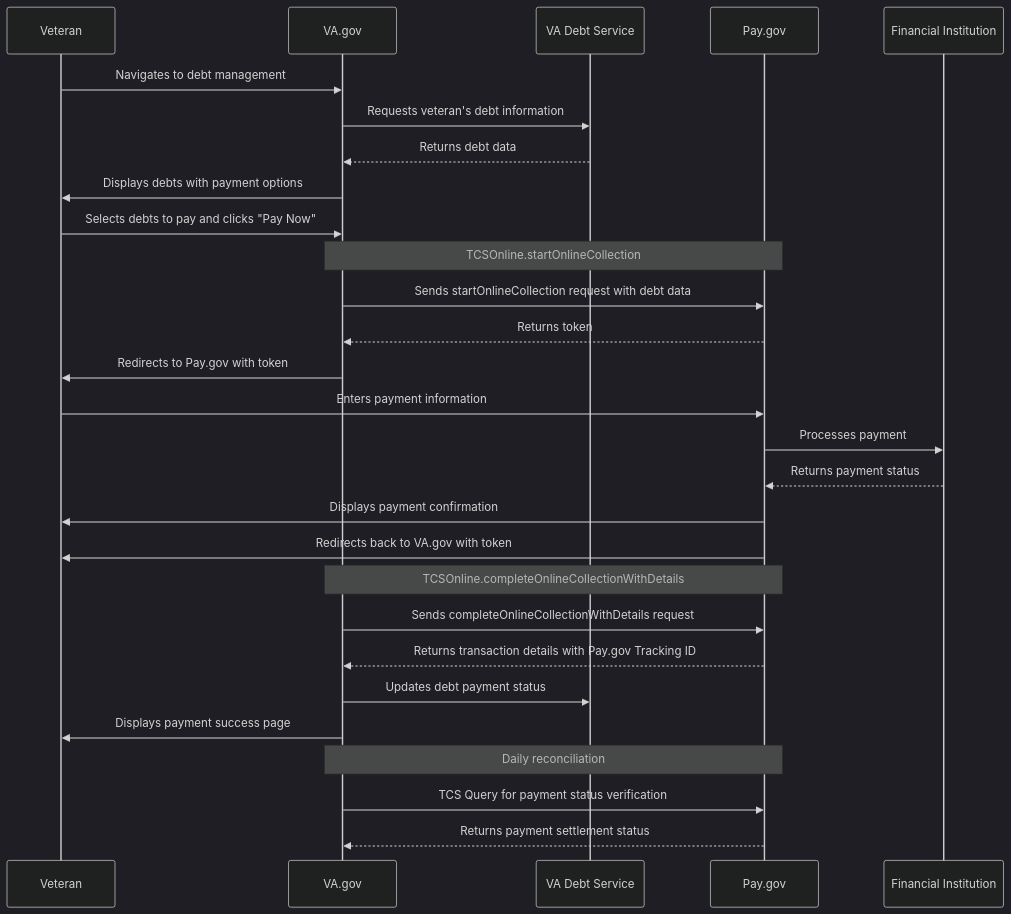
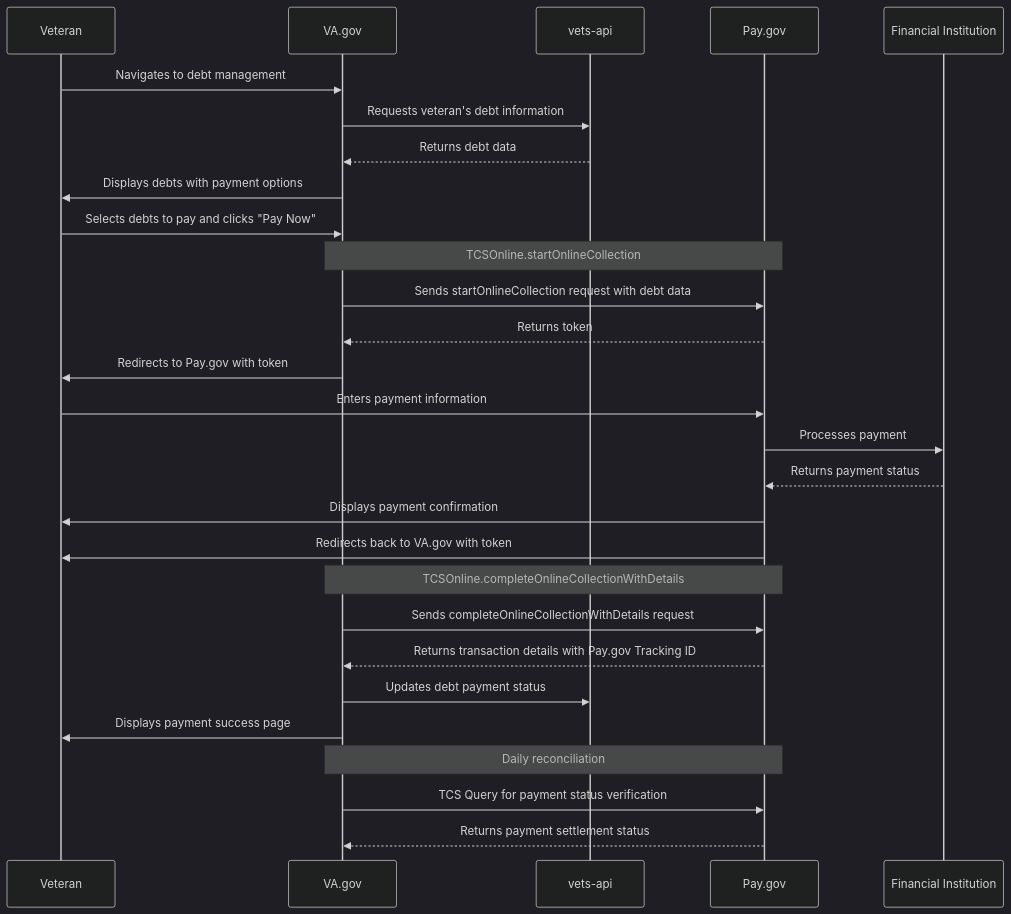
One commit to department-of-veterans-affairs/va.gov-team changed the diagram in products/Debt Resolution/pay-gov-architecture.md. Above: the diagram before and after it, drawn with Mermaid (dark theme).

````diff
--- a/products/Debt Resolution/pay-gov-architecture.md
+++ b/products/Debt Resolution/pay-gov-architecture.md
@@ -12,38 +12,38 @@
 ```mermaid
 sequenceDiagram
     participant Veteran as Veteran
     participant VA as VA.gov
-    participant DebtSvc as VA Debt Service
+    participant DebtSvc as vets-api
     participant PayGov as Pay.gov
     participant FinInst as Financial Institution
 
     Veteran->>VA: Navigates to debt management
     VA->>DebtSvc: Requests veteran's debt information
     DebtSvc-->>VA: Returns debt data
     VA->>Veteran: Displays debts with payment options
     
     Veteran->>VA: Selects debts to pay and clicks "Pay Now"
     
     Note over VA,PayGov: TCSOnline.startOnlineCollection
     VA->>PayGov: Sends startOnlineCollection request with debt data
     PayGov-->>VA: Returns token
     
     VA->>Veteran: Redirects to Pay.gov with token
     Veteran->>PayGov: Enters payment information
     PayGov->>FinInst: Processes payment
     FinInst-->>PayGov: Returns payment status
     
     PayGov->>Veteran: Displays payment confirmation
     PayGov->>Veteran: Redirects back to VA.gov with token
     
     Note over VA,PayGov: TCSOnline.completeOnlineCollectionWithDetails
     VA->>PayGov: Sends completeOnlineCollectionWithDetails request
     PayGov-->>VA: Returns transaction details with Pay.gov Tracking ID
     
     VA->>DebtSvc: Updates debt payment status
     VA->>Veteran: Displays payment success page
     
     Note over VA,PayGov: Daily reconciliation
     VA->>PayGov: TCS Query for payment status verification
     PayGov-->>VA: Returns payment settlement status
 ```
````
